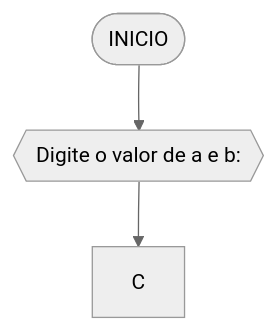
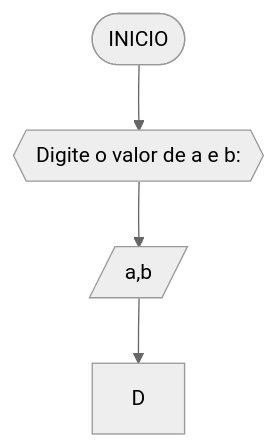
Before and after one commit to sdiogenes/unifor: the first of 7 diagrams in rra/Unidade1/AD1.md, drawn with Mermaid (neutral theme).

````diff
--- a/rra/Unidade1/AD1.md
+++ b/rra/Unidade1/AD1.md
@@ -45,5 +45,6 @@
 ```mermaid
 flowchart TD
 A([INICIO]) --> B{{"Digite o valor de a e b: "}}
-B --> C
+B --> C[/a,b/]
+C --> D
 ```
````
